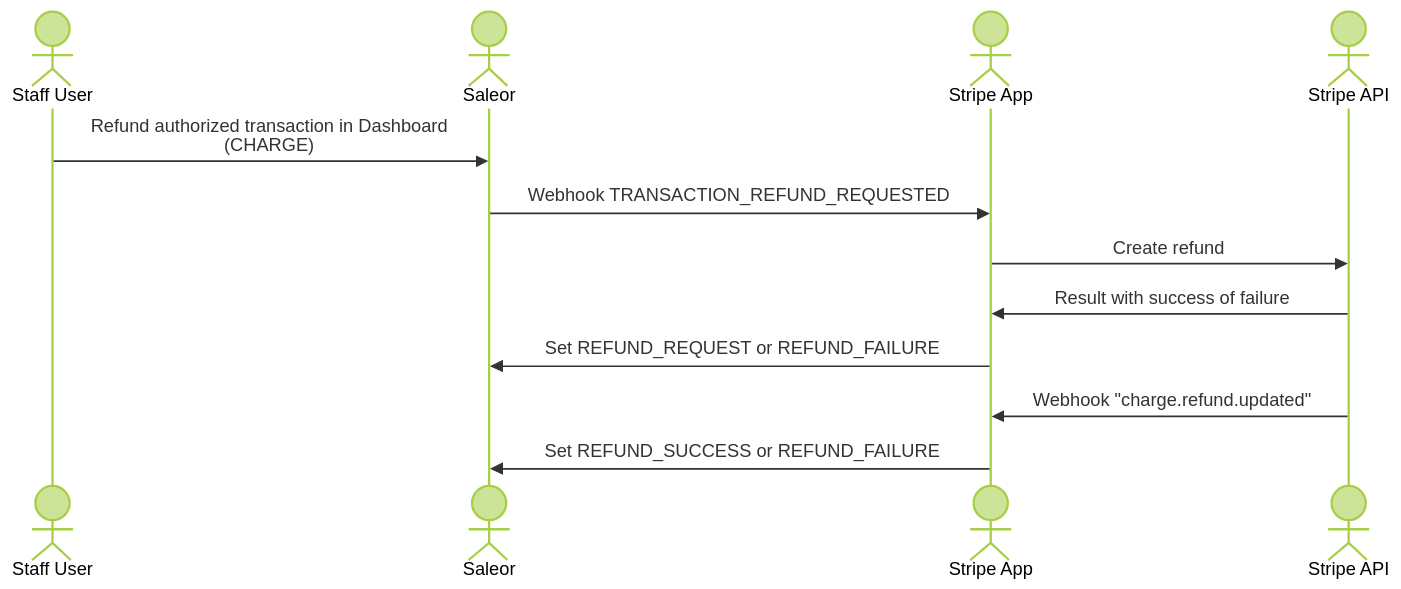
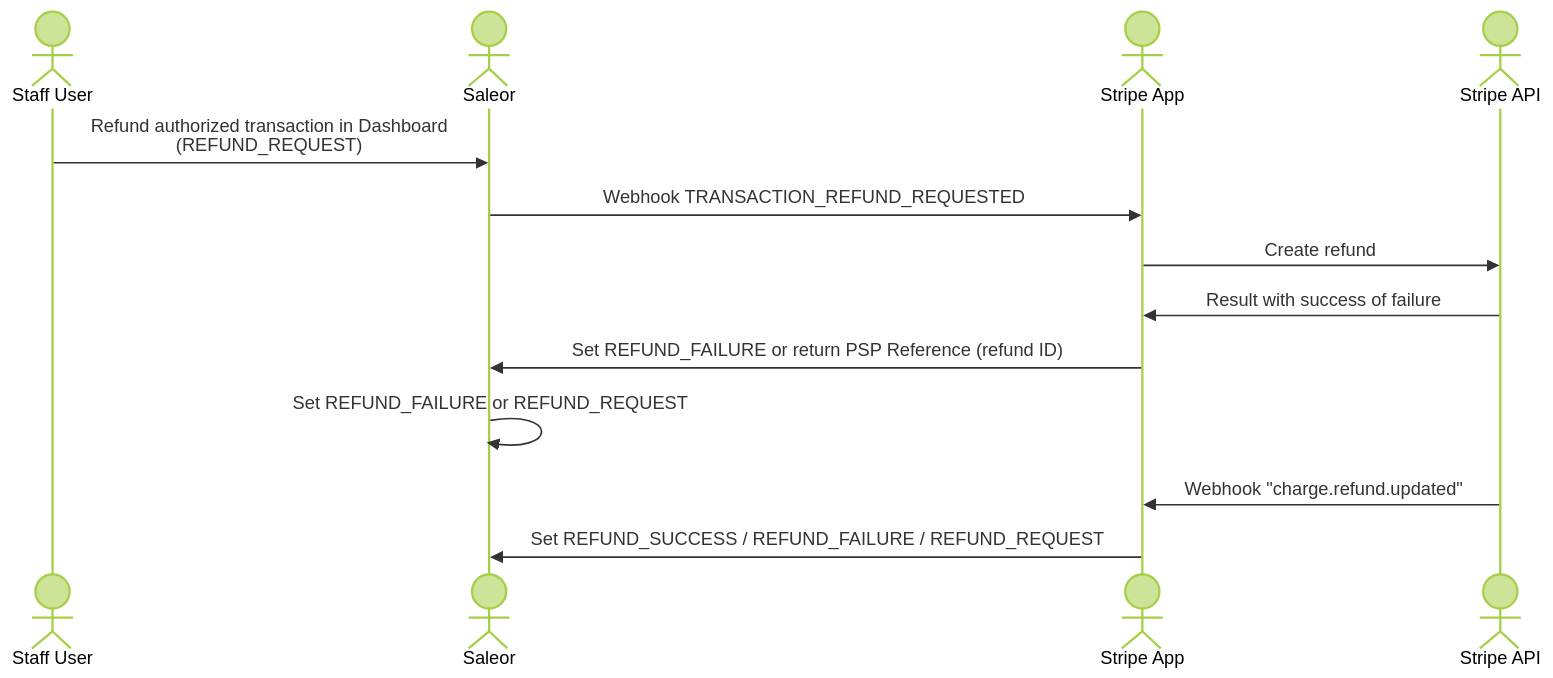
The ninth of 10 diagrams in docs/developer/app-store/apps/stripe/architecture.mdx (saleor/saleor-docs), drawn with Mermaid (forest theme) before and after one commit. The commit also changed other lines of this file and 1 other file, not shown here.

Commit message:
update diagrams

````diff
--- a/docs/developer/app-store/apps/stripe/architecture.mdx
+++ b/docs/developer/app-store/apps/stripe/architecture.mdx
@@ -270,16 +271,17 @@
 ```mermaid
 sequenceDiagram
     %% actor Storefront
     actor Staff User
     actor Saleor
     actor Stripe App
     actor Stripe API
 
-    Staff User->>Saleor: Refund authorized transaction in Dashboard <br/>(CHARGE)
+    Staff User->>Saleor: Refund authorized transaction in Dashboard <br/>(REFUND_REQUEST)
     Saleor ->> Stripe App: Webhook TRANSACTION_REFUND_REQUESTED
     Stripe App ->> Stripe API: Create refund
     Stripe API ->> Stripe App: Result with success of failure
-    Stripe App ->> Saleor: Set REFUND_REQUEST or REFUND_FAILURE
+    Stripe App ->> Saleor: Set REFUND_FAILURE or return PSP Reference (refund ID)
+    Saleor ->> Saleor: Set REFUND_FAILURE or REFUND_REQUEST
     Stripe API ->> Stripe App: Webhook "charge.refund.updated"
-    Stripe App ->> Saleor: Set REFUND_SUCCESS or REFUND_FAILURE
+    Stripe App ->> Saleor: Set REFUND_SUCCESS / REFUND_FAILURE / REFUND_REQUEST
 ```
````
